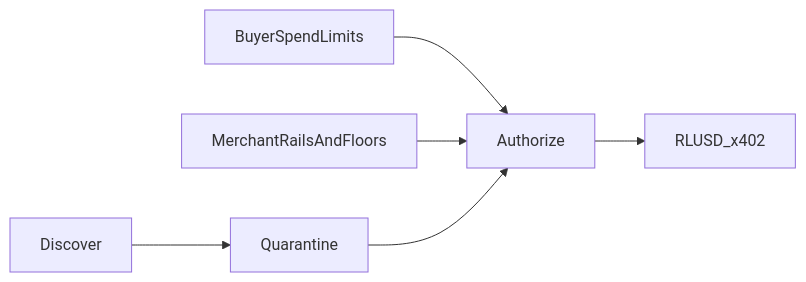
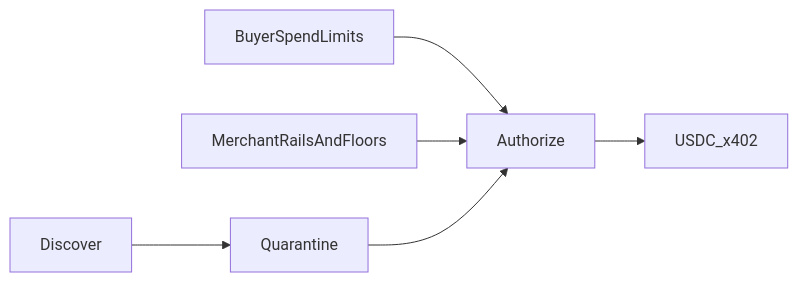
The third of 3 diagrams in README.md (itzsihui/Agentize), drawn with Mermaid before and after one commit. The commit also changed other lines of this file and 55 other files, not shown here.

````diff
--- a/README.md
+++ b/README.md
@@ -95,8 +95,8 @@
 ```mermaid
 flowchart LR
   buyerPolicy[BuyerSpendLimits] --> auth[Authorize]
   merchantPolicy[MerchantRailsAndFloors] --> auth
   discover[Discover] --> quarantine[Quarantine]
   quarantine --> auth
-  auth --> settle[RLUSD_x402]
+  auth --> settle[USDC_x402]
 ```
````
